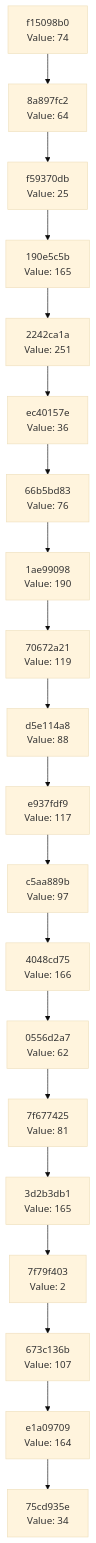
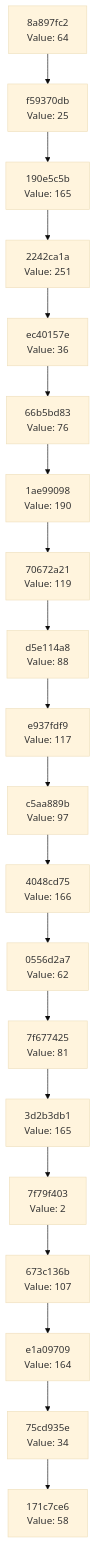
One commit to Abhisheksinha1506/hash-chain-evolver changed the diagram in docs/CHAIN_VISUALIZATION.md. Above: the diagram before and after it, drawn with Mermaid (base theme). The commit also changed 2 other files, not shown here.

Commit message:
Evolution step: hash 0x3A → action executed

````diff
--- a/docs/CHAIN_VISUALIZATION.md
+++ b/docs/CHAIN_VISUALIZATION.md
@@ -3,42 +3,42 @@
 ```mermaid
 graph TD
-    C0["75cd935e<br/>Value: 34"]
-    C1["e1a09709<br/>Value: 164"]
+    C0["171c7ce6<br/>Value: 58"]
+    C1["75cd935e<br/>Value: 34"]
     C1 --> C0
-    C2["673c136b<br/>Value: 107"]
+    C2["e1a09709<br/>Value: 164"]
     C2 --> C1
-    C3["7f79f403<br/>Value: 2"]
+    C3["673c136b<br/>Value: 107"]
     C3 --> C2
-    C4["3d2b3db1<br/>Value: 165"]
+    C4["7f79f403<br/>Value: 2"]
     C4 --> C3
-    C5["7f677425<br/>Value: 81"]
+    C5["3d2b3db1<br/>Value: 165"]
     C5 --> C4
-    C6["0556d2a7<br/>Value: 62"]
+    C6["7f677425<br/>Value: 81"]
     C6 --> C5
-    C7["4048cd75<br/>Value: 166"]
+    C7["0556d2a7<br/>Value: 62"]
     C7 --> C6
-    C8["c5aa889b<br/>Value: 97"]
+    C8["4048cd75<br/>Value: 166"]
     C8 --> C7
-    C9["e937fdf9<br/>Value: 117"]
+    C9["c5aa889b<br/>Value: 97"]
     C9 --> C8
-    C10["d5e114a8<br/>Value: 88"]
+    C10["e937fdf9<br/>Value: 117"]
     C10 --> C9
-    C11["70672a21<br/>Value: 119"]
+    C11["d5e114a8<br/>Value: 88"]
     C11 --> C10
-    C12["1ae99098<br/>Value: 190"]
+    C12["70672a21<br/>Value: 119"]
     C12 --> C11
-    C13["66b5bd83<br/>Value: 76"]
+    C13["1ae99098<br/>Value: 190"]
     C13 --> C12
-    C14["ec40157e<br/>Value: 36"]
+    C14["66b5bd83<br/>Value: 76"]
     C14 --> C13
-    C15["2242ca1a<br/>Value: 251"]
+    C15["ec40157e<br/>Value: 36"]
     C15 --> C14
-    C16["190e5c5b<br/>Value: 165"]
+    C16["2242ca1a<br/>Value: 251"]
     C16 --> C15
-    C17["f59370db<br/>Value: 25"]
+    C17["190e5c5b<br/>Value: 165"]
     C17 --> C16
-    C18["8a897fc2<br/>Value: 64"]
+    C18["f59370db<br/>Value: 25"]
     C18 --> C17
-    C19["f15098b0<br/>Value: 74"]
+    C19["8a897fc2<br/>Value: 64"]
     C19 --> C18
 ```
````
